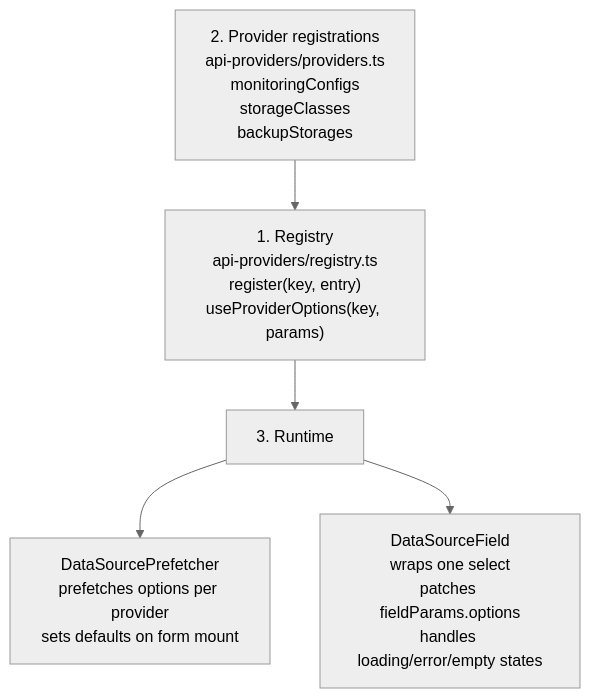
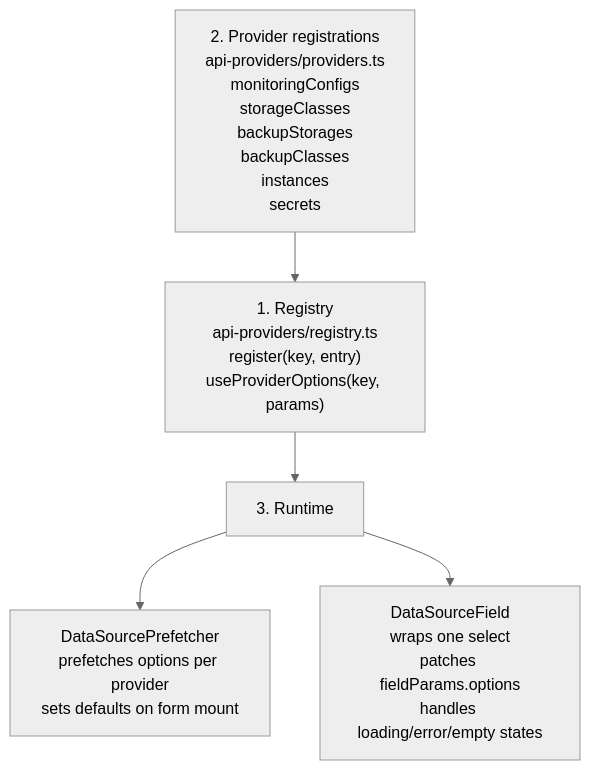
The second of 3 diagrams in docs/ui/architecture/ui-generator/pipeline.md (openeverest/openeverest), drawn with Mermaid (neutral theme) before and after one commit. The commit also changed 12 other files, not shown here.

First line of the commit message:
feat(ui): backupClasses, instances and secrets data sources

````diff
--- a/docs/ui/architecture/ui-generator/pipeline.md
+++ b/docs/ui/architecture/ui-generator/pipeline.md
@@ -112,13 +112,13 @@
 ```mermaid
 flowchart TD
   REG["1. Registry<br/>api-providers/registry.ts<br/>register(key, entry)<br/>useProviderOptions(key, params)"]
-  PROVIDERS["2. Provider registrations<br/>api-providers/providers.ts<br/>monitoringConfigs<br/>storageClasses<br/>backupStorages"]
+  PROVIDERS["2. Provider registrations<br/>api-providers/providers.ts<br/>monitoringConfigs<br/>storageClasses<br/>backupStorages<br/>backupClasses<br/>instances<br/>secrets"]
   RUNTIME["3. Runtime"]
   PREFETCH["DataSourcePrefetcher<br/>prefetches options per provider<br/>sets defaults on form mount"]
   FIELD["DataSourceField<br/>wraps one select<br/>patches fieldParams.options<br/>handles loading/error/empty states"]
 
   PROVIDERS --> REG
   REG --> RUNTIME
   RUNTIME --> PREFETCH
   RUNTIME --> FIELD
 ```
````
